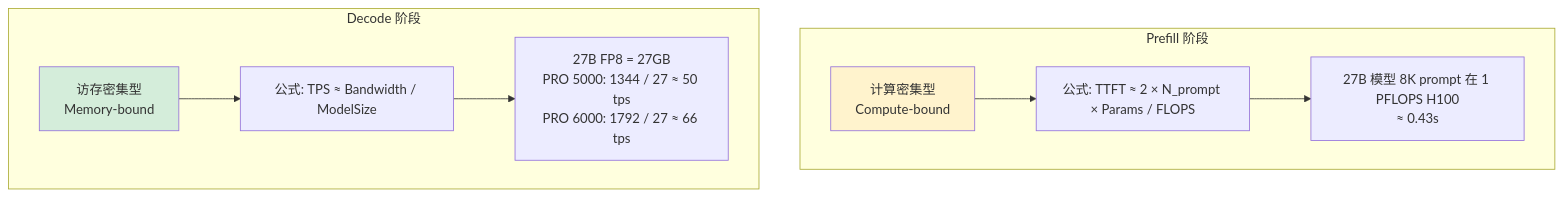
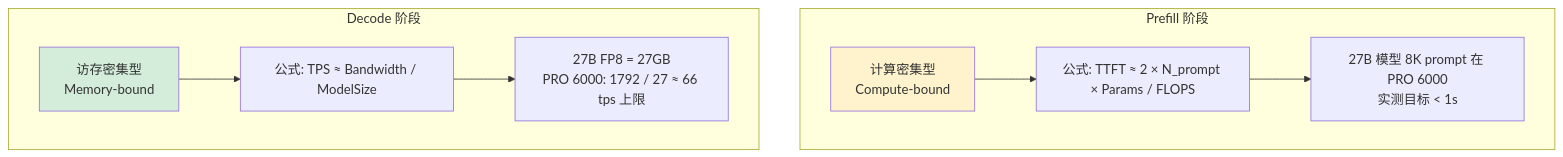
Before and after one commit to Xuefei-Zhang/llm-infer-journey: the fifth of 5 diagrams in 02-week1.md, drawn with Mermaid. The commit also changed other lines of this file and 11 other files, not shown here.

````diff
--- a/02-week1.md
+++ b/02-week1.md
@@ -290,15 +295,15 @@
 ```mermaid
 graph TD
     subgraph Prefill 阶段
         P1[计算密集型<br/>Compute-bound] --> P2[公式: TTFT ≈ 2 × N_prompt × Params / FLOPS]
-        P2 --> P3[27B 模型 8K prompt 在 1 PFLOPS H100<br/>≈ 0.43s]
+        P2 --> P3[27B 模型 8K prompt 在 PRO 6000<br/>实测目标 < 1s]
     end
 
     subgraph Decode 阶段
         D1[访存密集型<br/>Memory-bound] --> D2[公式: TPS ≈ Bandwidth / ModelSize]
-        D2 --> D3[27B FP8 = 27GB<br/>PRO 5000: 1344 / 27 ≈ 50 tps<br/>PRO 6000: 1792 / 27 ≈ 66 tps]
+        D2 --> D3[27B FP8 = 27GB<br/>PRO 6000: 1792 / 27 ≈ 66 tps 上限]
     end
 
     style P1 fill:#fff3cd
     style D1 fill:#d4edda
 ```
````
